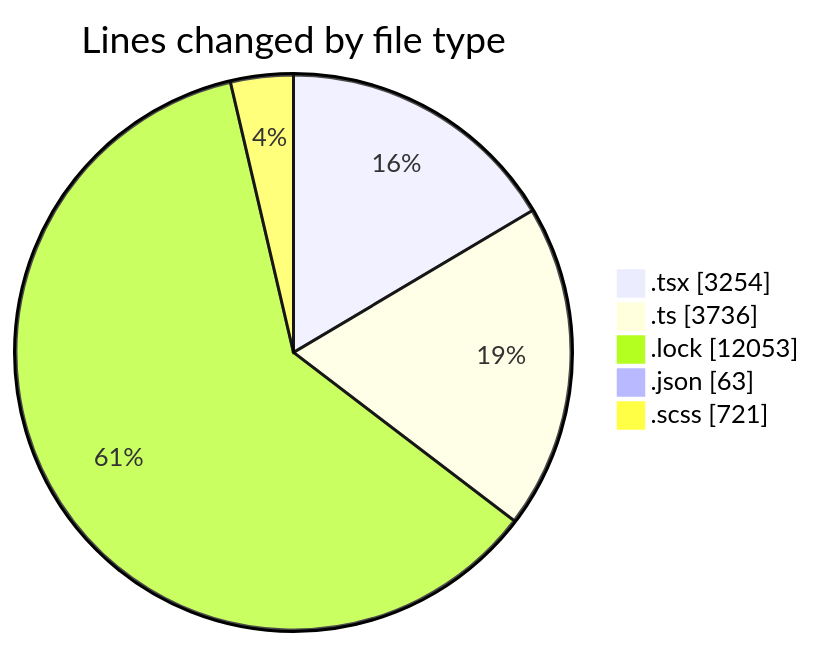
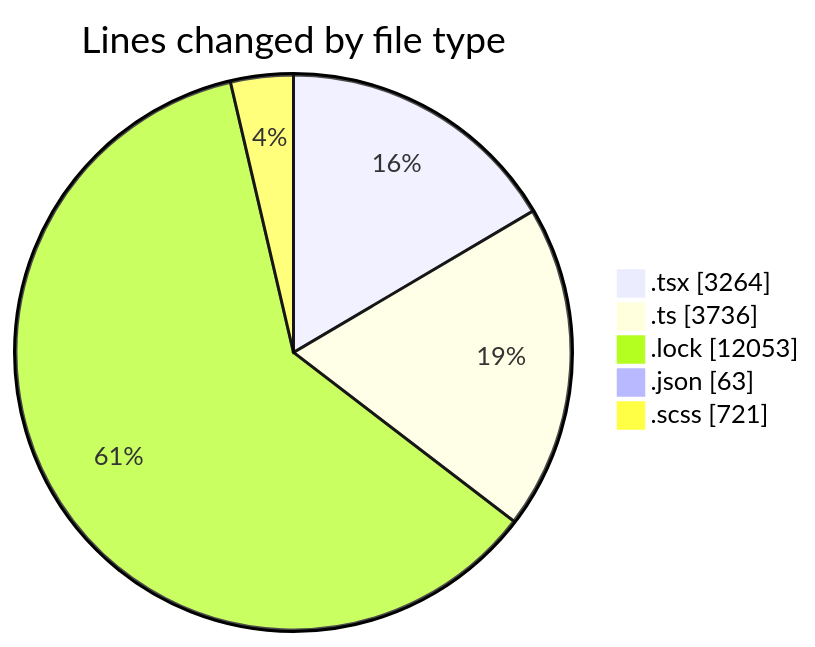
Before and after one commit to momahboobian/code-tracking: the first of 2 diagrams in 2025-12-03/cda/README.md, drawn with Mermaid. The commit also changed other lines of this file and 1 other file, not shown here.

````diff
--- a/2025-12-03/cda/README.md
+++ b/2025-12-03/cda/README.md
@@ -32,9 +32,9 @@
 ```mermaid
 pie showData
 title Lines changed by file type
-".tsx" : 3254
+".tsx" : 3264
 ".ts" : 3736
 ".lock" : 12053
 ".json" : 63
 ".scss" : 721
 ```
````
